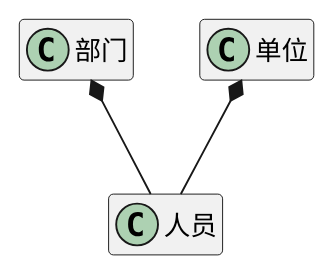
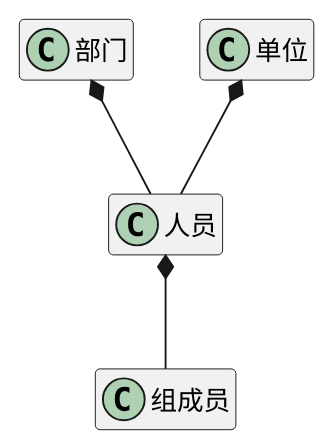
The diagram in ibizpms-docs/src/main/doc/v1/module/ou/SysEmployee_old.md (zj335841911/nt_chandao), drawn with PlantUML before and after one commit. The commit also changed 81 other files, not shown here.

```diff
--- a/ibizpms-docs/src/main/doc/v1/module/ou/SysEmployee_old.md
+++ b/ibizpms-docs/src/main/doc/v1/module/ou/SysEmployee_old.md
@@ -6,5 +6,6 @@
 {% plantuml %}
+人员 *-- 组成员 
 部门 *-- 人员 
 单位 *-- 人员 
 hide members
 {% endplantuml %}
```
